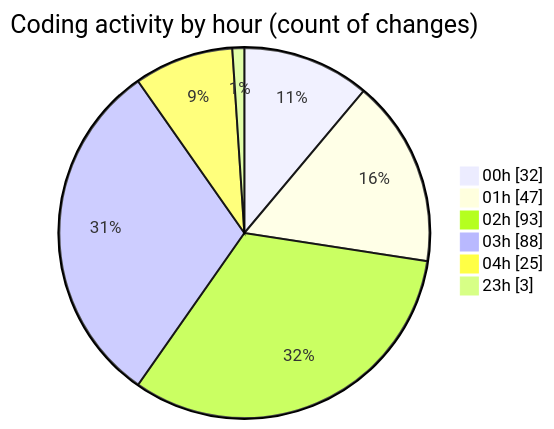
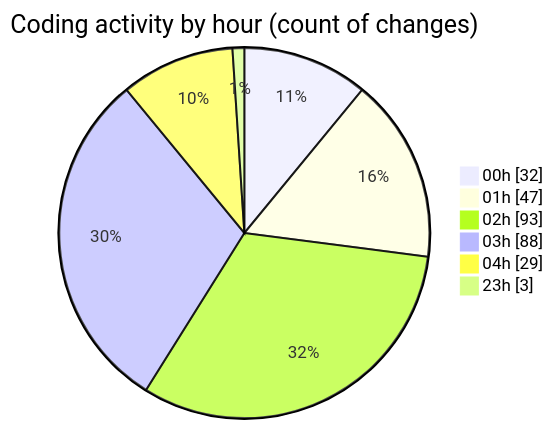
The second of 2 diagrams in 2025-07-28/quanlyrapchieuphim-1/README.md (lephambinh05/code-tracking), drawn with Mermaid before and after one commit. The commit also changed other lines of this file and 1 other file, not shown here.

````diff
--- a/2025-07-28/quanlyrapchieuphim-1/README.md
+++ b/2025-07-28/quanlyrapchieuphim-1/README.md
@@ -68,10 +69,10 @@
 ```mermaid
 pie showData
 title Coding activity by hour (count of changes)
 "00h" : 32
 "01h" : 47
 "02h" : 93
 "03h" : 88
-"04h" : 25
+"04h" : 29
 "23h" : 3
 ```
````
